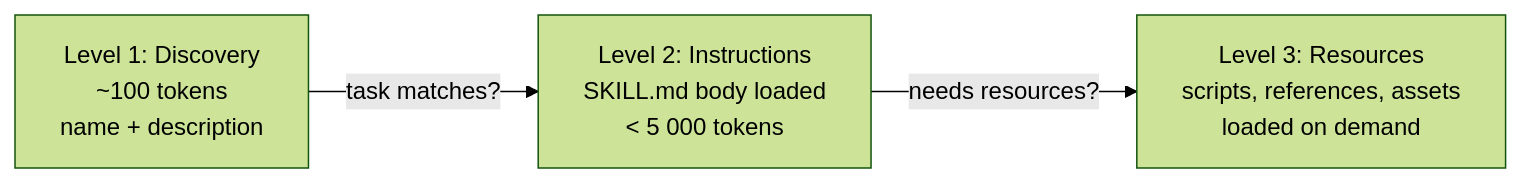
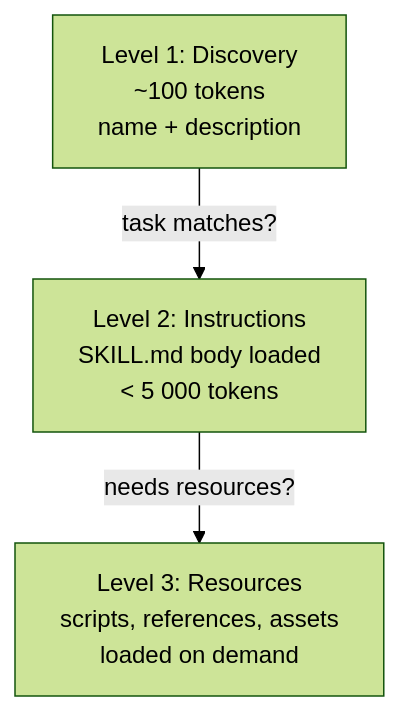
Before and after one commit to woliveiras/woliveiras.github.io: the first of 2 diagrams in src/content/hands-on-coding-assistants/ch-09-agent-skills-and-modular-expertise.mdx, drawn with Mermaid (forest theme).

Commit message:
fix: update flowchart direction for clarity in agent skills documentation

````diff
--- a/src/content/hands-on-coding-assistants/ch-09-agent-skills-and-modular-expertise.mdx
+++ b/src/content/hands-on-coding-assistants/ch-09-agent-skills-and-modular-expertise.mdx
@@ -41,5 +41,5 @@
 ```mermaid
-flowchart LR
+flowchart TD
   A["Level 1: Discovery<br/>~100 tokens<br/>name + description"] -->|task matches?| B["Level 2: Instructions<br/>SKILL.md body loaded<br/>< 5 000 tokens"]
   B -->|needs resources?| C["Level 3: Resources<br/>scripts, references, assets<br/>loaded on demand"]
 ```
````
